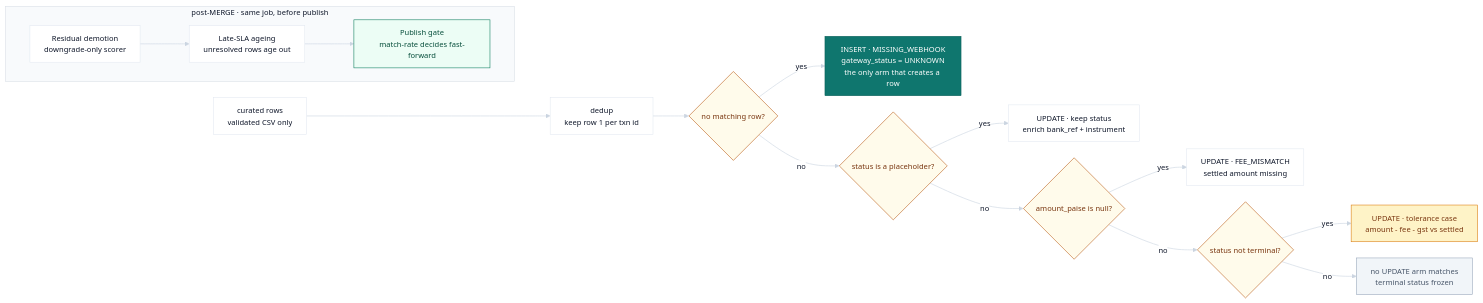
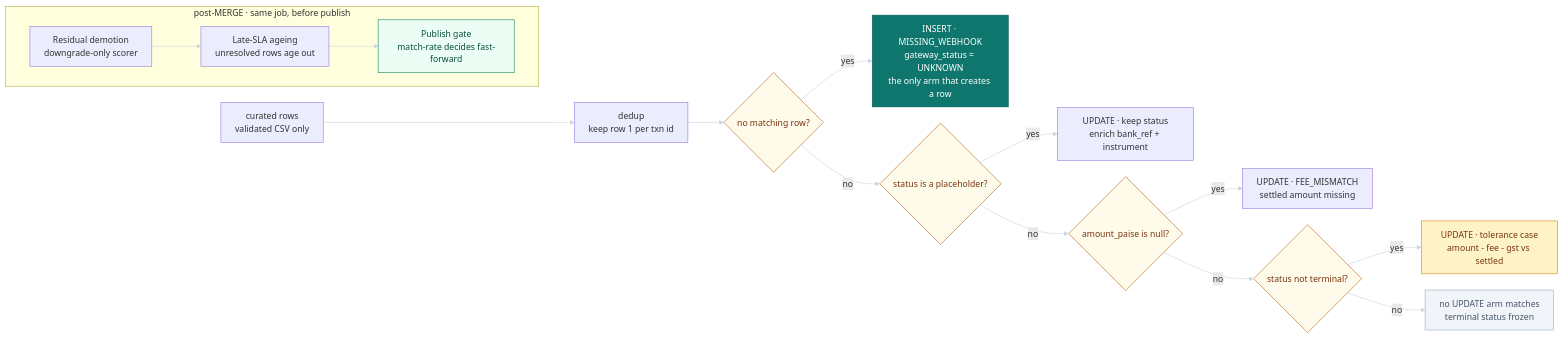
One commit to DhanushPillay/tx-recon changed the second of 2 diagrams in docs/ARCHITECTURE.md. Above: the diagram before and after it, drawn with Mermaid. The commit also changed other lines of this file and 2 other files, not shown here.

Commit message:
docs: let the diagrams follow the reader's light or dark mode
The three blocks locked theme base plus a full light themeVariables
palette and !important lane fills. On a dark page the derived fills
went dark while the explicit dark text stayed dark, so the lanes read
as near-black slabs. The init now pins only the renderer (look
classic, layout dagre, the measured spacing) and the blocks keep only
their own node colours, where each explicit fill still travels with
its explicit text colour. Everything page-dependent follows the host
theme instead.

Verified against real Chromium on mermaid 12 and 10.9.4, the version
line GitHub renders: all six landscape (readme 4.99/6.10, legs
2.07/2.90, decision 3.68/4.71), zero overlaps, overflow, crossings
or backward edges, screenshots read back by eye. Setting darkMode
true locally does not reproduce the GitHub inversion, so that knob
was not the lever and was left alone. The contract test fails when a
theme, themeVariables or lane fill is reintroduced.

````diff
--- a/docs/ARCHITECTURE.md
+++ b/docs/ARCHITECTURE.md
@@ -47,28 +47,27 @@
 ```mermaid
-%%{init: {"theme": "base", "look": "classic", "layout": "dagre", "themeVariables": {"fontSize": "14px", "primaryColor": "#FFFFFF", "primaryTextColor": "#0F172A", "primaryBorderColor": "#E2E8F0", "lineColor": "#CBD5E1", "secondaryColor": "#F8FAFC", "tertiaryColor": "#F1F5F9", "clusterBkg": "#FCFCFD", "clusterBorder": "#EEF2F7", "edgeLabelBackground": "#FFFFFF", "mainBkg": "#FFFFFF", "titleColor": "#0F172A", "useGradient": false}, "flowchart": {"curve": "basis", "nodeSpacing": 30, "rankSpacing": 66, "padding": 13, "useMaxWidth": true}}}%%
+%%{init: {"look": "classic", "layout": "dagre", "flowchart": {"curve": "basis", "nodeSpacing": 30, "rankSpacing": 66, "padding": 13, "useMaxWidth": true}}}%%
 flowchart LR
   IN["curated rows<br/>validated CSV only"] --> DD["dedup<br/>keep row 1 per txn id"]
 
   DD --> C1{"no matching row?"}:::gate
   C1 -->|"yes"| ARM1["INSERT · MISSING_WEBHOOK<br/>gateway_status = UNKNOWN<br/>the only arm that creates a row"]:::insert
   C1 -->|"no"| C2{"status is a placeholder?"}:::gate
   C2 -->|"yes"| ARM2["UPDATE · keep status<br/>enrich bank_ref + instrument"]
   C2 -->|"no"| C3{"amount_paise is null?"}:::gate
   C3 -->|"yes"| ARM3["UPDATE · FEE_MISMATCH<br/>settled amount missing"]
   C3 -->|"no"| C4{"status not terminal?"}:::gate
   C4 -->|"yes"| ARM4["UPDATE · tolerance case<br/>amount - fee - gst vs settled"]:::warn
   C4 -->|"no"| FROZEN["no UPDATE arm matches<br/>terminal status frozen"]:::frozen
 
   subgraph POST["post-MERGE · same job, before publish"]
     direction LR
     PM1["Residual demotion<br/>downgrade-only scorer"] --> PM2["Late-SLA ageing<br/>unresolved rows age out"] --> PM3["Publish gate<br/>match-rate decides fast-forward"]:::publish
   end
 
   classDef gate fill:#FFFBEB,stroke:#B45309,color:#78350F,stroke-width:1px;
   classDef insert fill:#0F766E,stroke:#0B5F58,color:#FFFFFF,stroke-width:1px;
   classDef warn fill:#FEF3C7,stroke:#D97706,color:#78350F,stroke-width:1px;
   classDef frozen fill:#F1F5F9,stroke:#94A3B8,color:#475569,stroke-width:1px;
   classDef publish fill:#ECFDF5,stroke:#047857,color:#064E3B,stroke-width:1px;
-  style POST fill:#F8FAFC,stroke:#D8DEE6,stroke-width:1px;
   linkStyle default stroke:#CBD5E1,stroke-width:1.1px;
 ```
````
